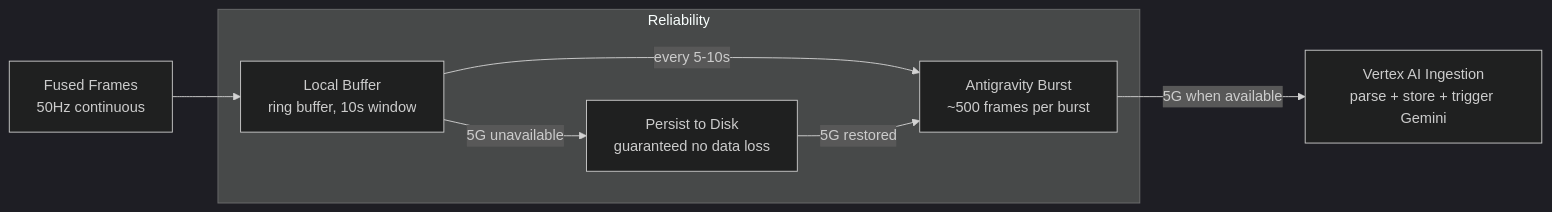
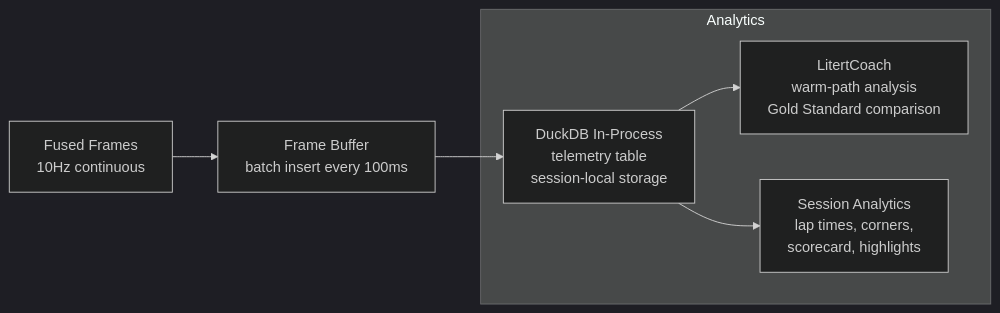
One commit to mlnomadpy/pitwall changed the second of 2 diagrams in docs/telemetry-pipeline.md. Above: the diagram before and after it, drawn with Mermaid (dark theme). The commit also changed other lines of this file and 47 other files, not shown here.

````diff
--- a/docs/telemetry-pipeline.md
+++ b/docs/telemetry-pipeline.md
@@ -172,11 +172,10 @@
 ```mermaid
 graph LR
-    FRAMES[Fused Frames<br/>50Hz continuous] --> BUFFER[Local Buffer<br/>ring buffer, 10s window]
-    BUFFER -->|every 5-10s| BURST[Antigravity Burst<br/>~500 frames per burst]
-    BURST -->|5G when available| VERTEX[Vertex AI Ingestion<br/>parse + store + trigger Gemini]
+    FRAMES[Fused Frames<br/>10Hz continuous] --> BUFFER[Frame Buffer<br/>batch insert every 100ms]
+    BUFFER --> DUCK[DuckDB In-Process<br/>telemetry table<br/>session-local storage]
     
-    subgraph Reliability
-        BUFFER -->|5G unavailable| PERSIST[Persist to Disk<br/>guaranteed no data loss]
-        PERSIST -->|5G restored| BURST
+    subgraph Analytics
+        DUCK --> LITERT[LitertCoach<br/>warm-path analysis<br/>Gold Standard comparison]
+        DUCK --> ANALYTICS[Session Analytics<br/>lap times, corners,<br/>scorecard, highlights]
     end
 ```
````
